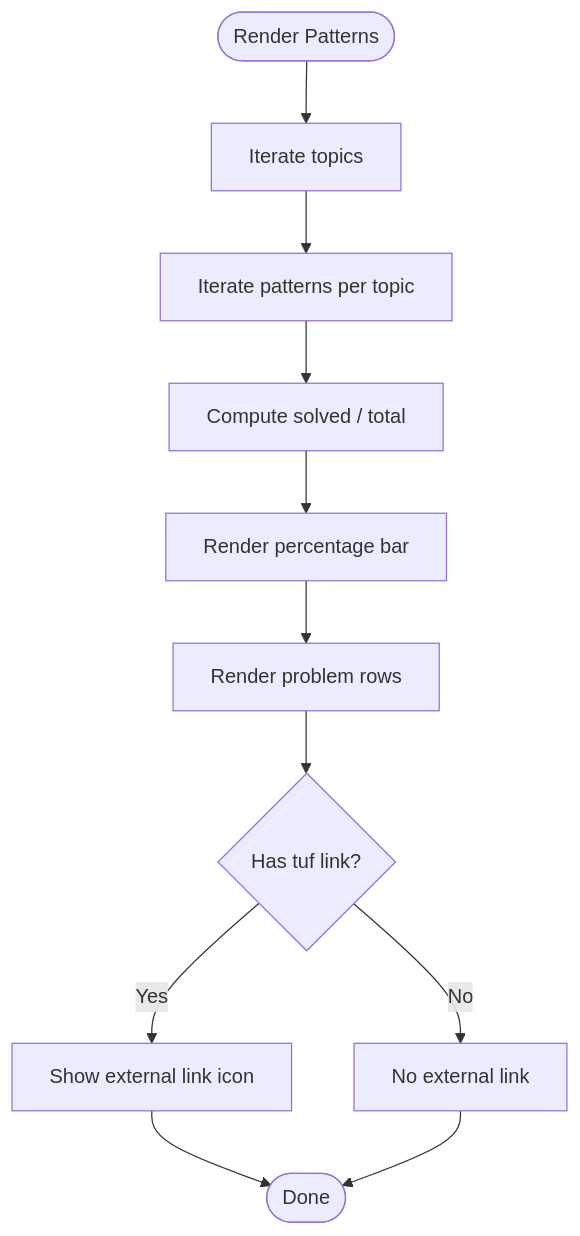
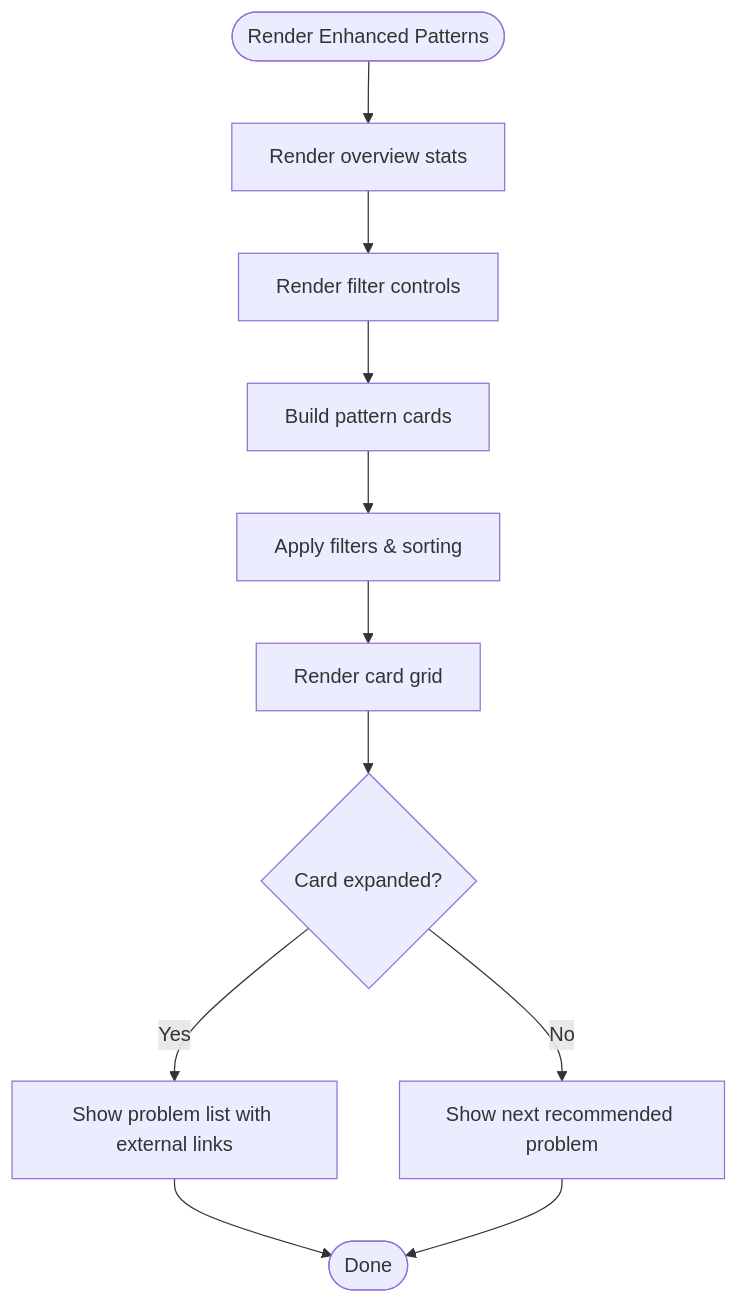
One commit to iamrituraj/DSA-Tracker changed the fourth of 10 diagrams in .qoder/repowiki/en/content/Frontend Application/Patterns Component.md. Above: the diagram before and after it, drawn with Mermaid. The commit also changed other lines of this file and 8 other files, not shown here.

````diff
--- a/.qoder/repowiki/en/content/Frontend Application/Patterns Component.md
+++ b/.qoder/repowiki/en/content/Frontend Application/Patterns Component.md
@@ -126,13 +145,13 @@
 ```mermaid
 flowchart TD
-PStart(["Render Patterns"]) --> Topics["Iterate topics"]
-Topics --> Pats["Iterate patterns per topic"]
-Pats --> Compute["Compute solved / total"]
-Compute --> Bar["Render percentage bar"]
-Bar --> Rows["Render problem rows"]
-Rows --> ExtLink{"Has tuf link?"}
-ExtLink --> |Yes| ShowExt["Show external link icon"]
-ExtLink --> |No| SkipExt["No external link"]
-ShowExt --> End(["Done"])
-SkipExt --> End
+PStart(["Render Enhanced Patterns"]) --> Overview["Render overview stats"]
+Overview --> Filters["Render filter controls"]
+Filters --> Cards["Build pattern cards"]
+Cards --> Visible["Apply filters & sorting"]
+Visible --> Grid["Render card grid"]
+Grid --> Expand{"Card expanded?"}
+Expand --> |Yes| Details["Show problem list with external links"]
+Expand --> |No| NextUp["Show next recommended problem"]
+Details --> End(["Done"])
+NextUp --> End
 ```
````
